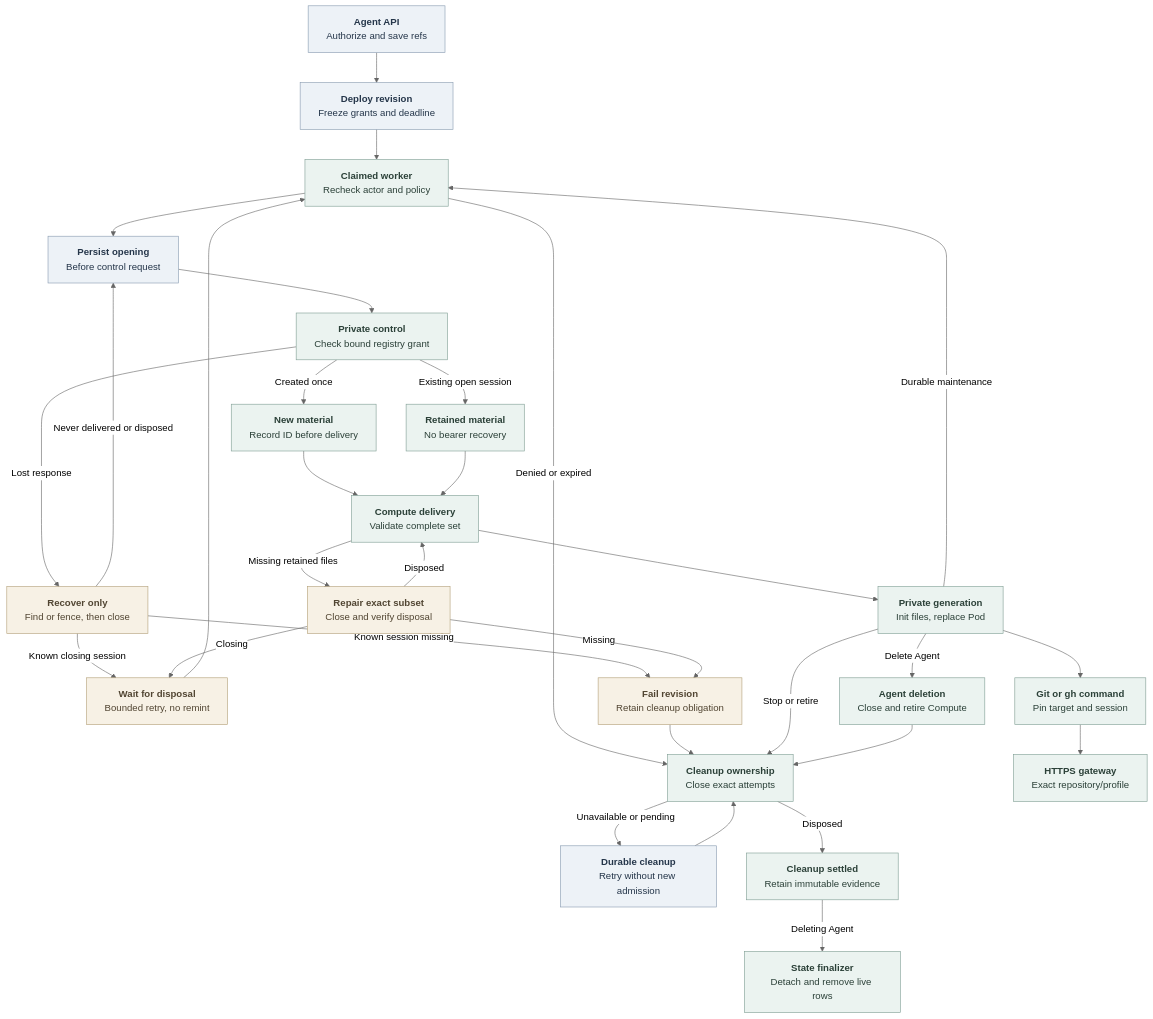
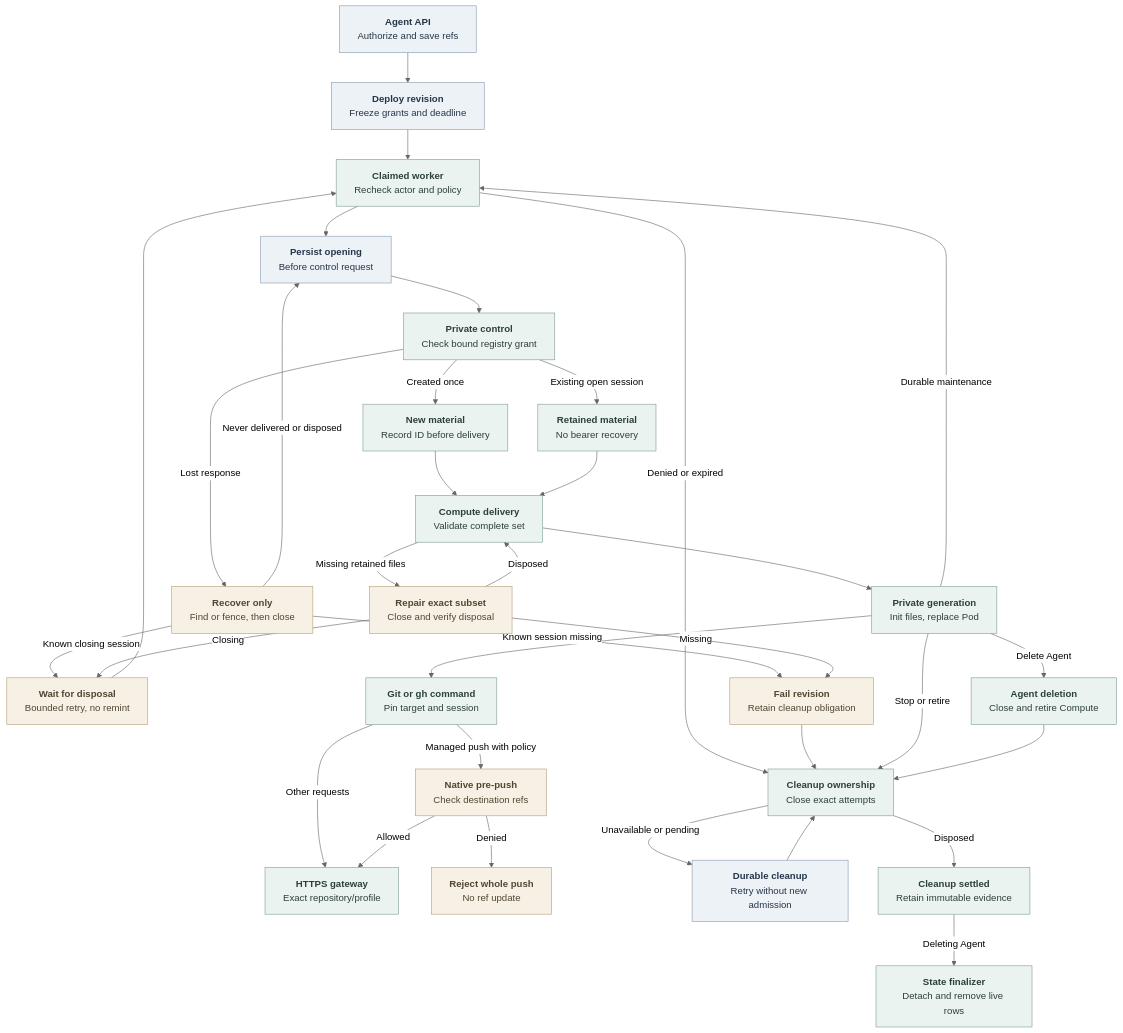
Before and after one commit to IsaiahStapleton/openclaw-enterprise: the diagram in docs/flows/agent-repository-credentials.md, drawn with Mermaid (neutral theme). The commit also changed other lines of this file and 35 other files, not shown here.

Commit message:
feat(repository-credentials): add opt-in push-ref guardrail

````diff
--- a/docs/flows/agent-repository-credentials.md
+++ b/docs/flows/agent-repository-credentials.md
@@ -40,40 +40,43 @@
 ```mermaid
 graph TD
   API["<b>Agent API</b><br/>Authorize and save refs"] --> Revision["<b>Deploy revision</b><br/>Freeze grants and deadline"]
   Revision --> Worker["<b>Claimed worker</b><br/>Recheck actor and policy"]
   Worker -->|Denied or expired| Close["<b>Cleanup ownership</b><br/>Close exact attempts"]
   Worker --> Attempt["<b>Persist opening</b><br/>Before control request"]
   Attempt --> Service["<b>Private control</b><br/>Check bound registry grant"]
   Service -->|Created once| New["<b>New material</b><br/>Record ID before delivery"]
   Service -->|Existing open session| Retained["<b>Retained material</b><br/>No bearer recovery"]
   Service -->|Lost response| Recover["<b>Recover only</b><br/>Find or fence, then close"]
   Recover -->|Never delivered or disposed| Attempt
   Recover -->|Known closing session| Wait["<b>Wait for disposal</b><br/>Bounded retry, no remint"]
   Wait --> Worker
   Recover -->|Known session missing| Refuse["<b>Fail revision</b><br/>Retain cleanup obligation"]
   New --> Compute["<b>Compute delivery</b><br/>Validate complete set"]
   Retained --> Compute
   Compute -->|Missing retained files| Repair["<b>Repair exact subset</b><br/>Close and verify disposal"]
   Repair -->|Disposed| Compute
   Repair -->|Closing| Wait
   Repair -->|Missing| Refuse
   Refuse --> Close
   Compute --> Pod["<b>Private generation</b><br/>Init files, replace Pod"]
   Pod --> Command["<b>Git or gh command</b><br/>Pin target and session"]
-  Command --> Gateway["<b>HTTPS gateway</b><br/>Exact repository/profile"]
+  Command -->|Other requests| Gateway["<b>HTTPS gateway</b><br/>Exact repository/profile"]
+  Command -->|Managed push with policy| PushRefs["<b>Native pre-push</b><br/>Check destination refs"]
+  PushRefs -->|Allowed| Gateway
+  PushRefs -->|Denied| PushDenied["<b>Reject whole push</b><br/>No ref update"]
   Pod -->|Durable maintenance| Worker
   Pod -->|Stop or retire| Close
   Close -->|Unavailable or pending| Queue["<b>Durable cleanup</b><br/>Retry without new admission"]
   Queue --> Close
   Close -->|Disposed| Done["<b>Cleanup settled</b><br/>Retain immutable evidence"]
   Pod -->|Delete Agent| Delete["<b>Agent deletion</b><br/>Close and retire Compute"]
   Delete --> Close
   Done -->|Deleting Agent| Finalize["<b>State finalizer</b><br/>Detach and remove live rows"]
 
   classDef state fill:#EDF2F7,stroke:#879AB0,color:#25364A,stroke-width:1px
   classDef operation fill:#EBF3F0,stroke:#7F9D93,color:#2B4038,stroke-width:1px
   classDef condition fill:#F7F1E5,stroke:#B3A078,color:#514532,stroke-width:1px
   class API,Revision,Attempt,Queue state
   class Worker,Service,New,Retained,Compute,Pod,Command,Gateway,Close,Done,Delete,Finalize operation
-  class Recover,Repair,Refuse,Wait condition
+  class Recover,Repair,Refuse,Wait,PushRefs,PushDenied condition
 ```
````
